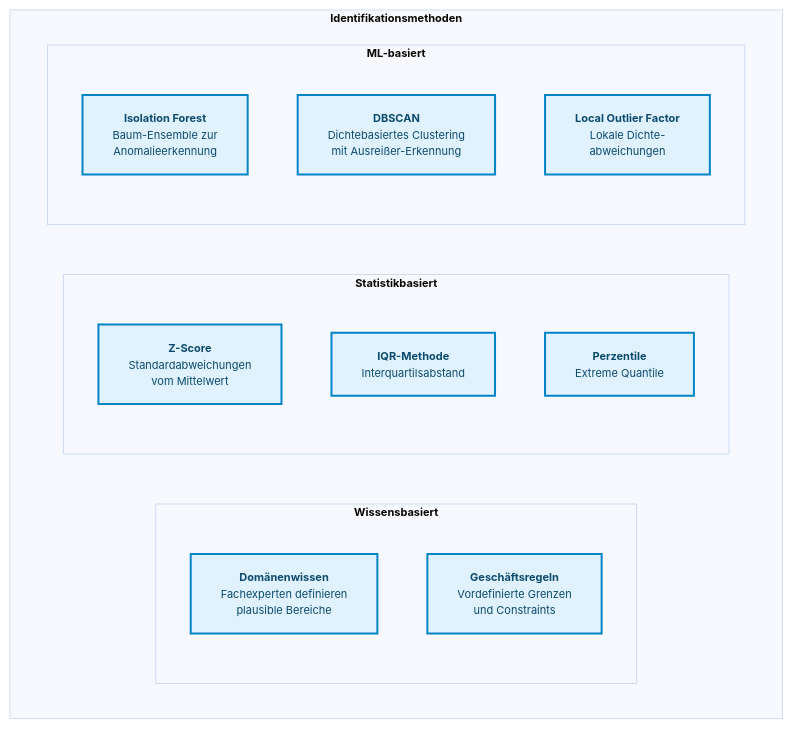
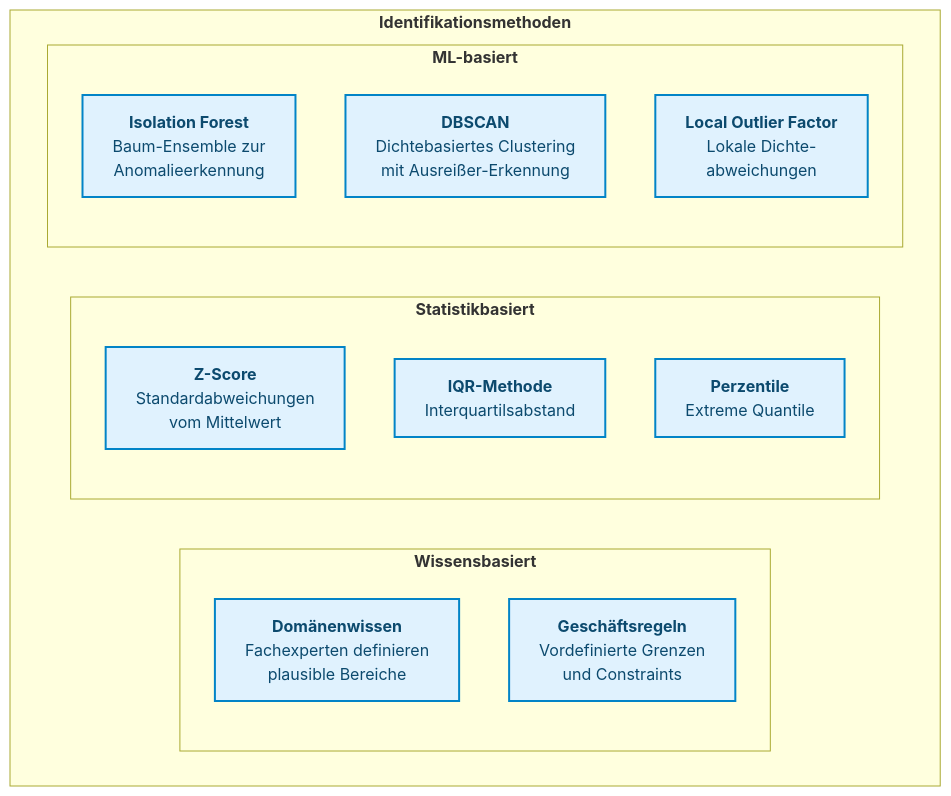
Before and after one commit to ralf-42/ML_Intro: the first of 7 diagrams in docs/concepts/prepare/outlier.md, drawn with Mermaid. The commit also changed other lines of this file and 49 other files, not shown here.

````diff
--- a/docs/concepts/prepare/outlier.md
+++ b/docs/concepts/prepare/outlier.md
@@ -33,26 +33,25 @@
 ```mermaid
-%%{init: {'theme': 'base', 'themeVariables': {'fontSize': '11px'}}}%%
 flowchart TB
     subgraph methoden["<b>Identifikationsmethoden"]
         direction LR
 
         subgraph wissen["<b>Wissensbasiert"]
             domain["<b>Domänenwissen</b><br/>Fachexperten definieren<br/>plausible Bereiche"]
             rules["<b>Geschäftsregeln</b><br/>Vordefinierte Grenzen<br/>und Constraints"]
         end
 
         subgraph statistik["<b>Statistikbasiert"]
             zscore["<b>Z-Score</b><br/>Standardabweichungen<br/>vom Mittelwert"]
             iqr["<b>IQR-Methode</b><br/>Interquartilsabstand"]
             percentile["<b>Perzentile</b><br/>Extreme Quantile"]
         end
 
         subgraph ml["<b>ML-basiert"]
             iforest["<b>Isolation Forest</b><br/>Baum-Ensemble zur<br/>Anomalieerkennung"]
             dbscan["<b>DBSCAN</b><br/>Dichtebasiertes Clustering<br/>mit Ausreißer-Erkennung"]
             lof["<b>Local Outlier Factor</b><br/>Lokale Dichte-<br/>abweichungen"]
         end
     end
 
-classDef default fill:#e0f2fe,stroke:#0284c7,stroke-width:2px,color:#0c4a6e;
+    classDef default fill:#e0f2fe,stroke:#0284c7,stroke-width:2px,color:#0c4a6e;
 ```
````
